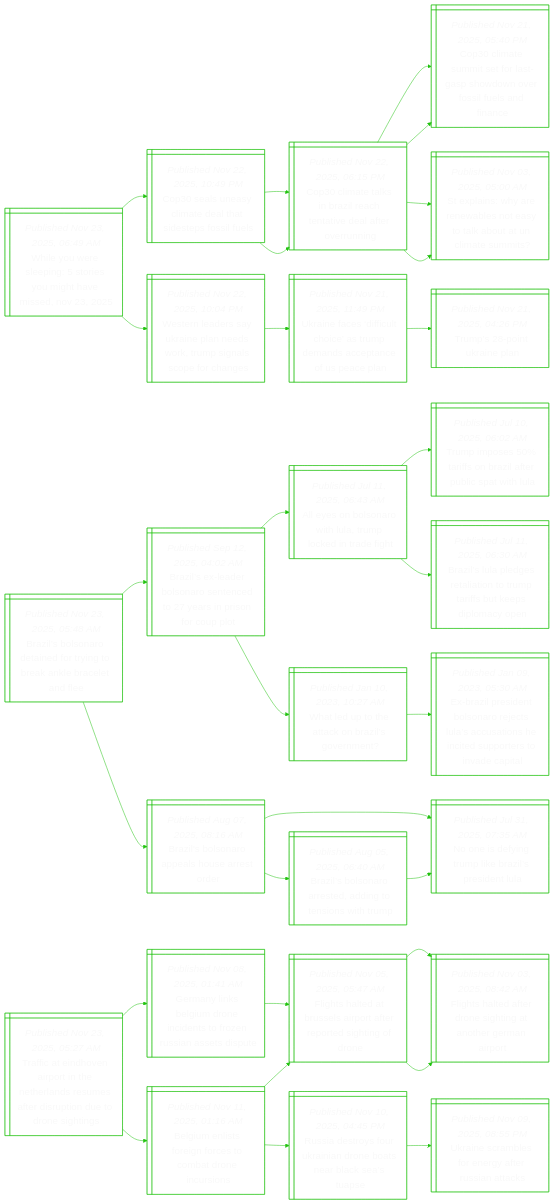
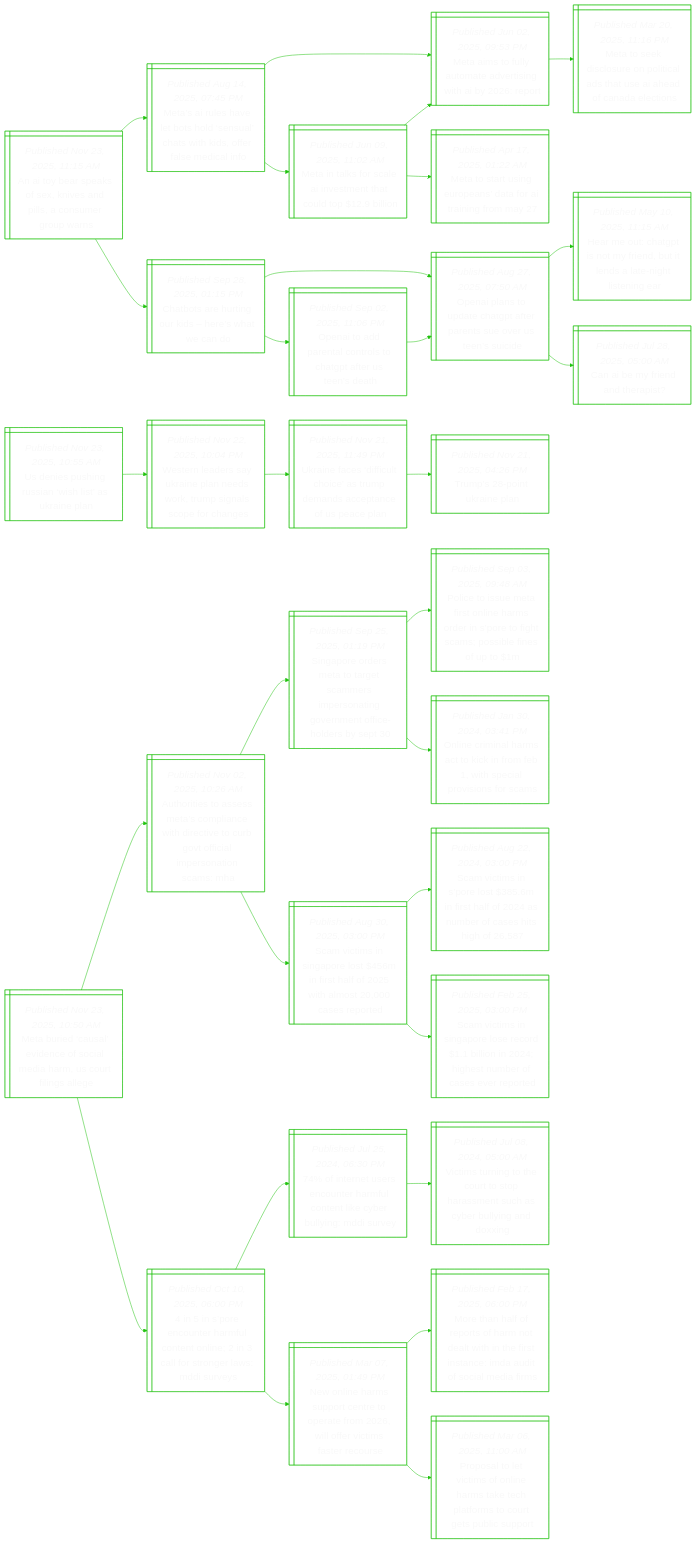
The diagram in README.md (notJmes/notJmes), drawn with Mermaid before and after one commit. The commit also changed other lines of this file, not shown here.

````diff
--- a/README.md
+++ b/README.md
@@ -16,22 +16,48 @@
 flowchart LR
 classDef txtsize font-size:20px;
 
-WYresemhiN@{ shape: win-pane, label: "_Published Nov 23, 2025, 06:49 AM_
-While you were sleeping: 5 stories you might have missed, nov 23, 2025" }
-Caeletiesu@{ shape: win-pane, label: "_Published Nov 22, 2025, 10:49 PM_
-Cop30 seals uneasy climate deal that sidesteps fossil fuels" }
-Citizanvlrrn@{ shape: win-pane, label: "_Published Nov 22, 2025, 06:15 PM_
-Cop30 climate talks in brazil reach tentative deal after overrunning" }
-Cistotsoesedn@{ shape: win-pane, label: "_Published Nov 21, 2025, 05:40 PM_
-Cop30 climate summit set for last-gasp showdown over fossil fuels and finance" }
-SlWewsatbtist@{ shape: win-pane, label: "_Published Nov 03, 2025, 05:00 AM_
-St explains: why are renewables not easy to talk about at un climate summits?" }
-Citizanvlrrn@{ shape: win-pane, label: "_Published Nov 22, 2025, 06:15 PM_
-Cop30 climate talks in brazil reach tentative deal after overrunning" }
-Cistotsoesedn@{ shape: win-pane, label: "_Published Nov 21, 2025, 05:40 PM_
-Cop30 climate summit set for last-gasp showdown over fossil fuels and finance" }
-SlWewsatbtist@{ shape: win-pane, label: "_Published Nov 03, 2025, 05:00 AM_
-St explains: why are renewables not easy to talk about at un climate summits?" }
+Aorkevdssgw@{ shape: win-pane, label: "_Published Nov 23, 2025, 11:15 AM_
+An ai toy bear speaks of sex, knives and pills, a consumer group warns" }
+MAeeolshidesin@{ shape: win-pane, label: "_Published Aug 14, 2025, 07:45 PM_
+Meta’s ai rules have let bots hold ‘sensual’ chats with kids, offer false medical info" }
+Mifaavsibo@{ shape: win-pane, label: "_Published Jun 02, 2025, 09:53 PM_
+Meta aims to fully automate advertising with ai by 2026: report" }
+ModooilheeCat@{ shape: win-pane, label: "_Published Mar 20, 2025, 11:16 PM_
+Meta to seek disclosure on political ads that use ai ahead of canada elections" }
+MnscIstctl@{ shape: win-pane, label: "_Published Jun 09, 2025, 11:02 AM_
+Meta in talks for scale ai investment that could top $12.9 billion" }
+Mifaavsibo@{ shape: win-pane, label: "_Published Jun 02, 2025, 09:53 PM_
+Meta aims to fully automate advertising with ai by 2026: report" }
+Motgpdornm@{ shape: win-pane, label: "_Published Apr 17, 2025, 01:22 AM_
+Meta to start using europeans’ data for ai training from may 27" }
+Coeirhweo@{ shape: win-pane, label: "_Published Sep 28, 2025, 01:15 PM_
+Chatbots are hurting our kids – here’s what we can do" }
+OIsdhTrneUnc@{ shape: win-pane, label: "_Published Aug 27, 2025, 07:50 AM_
+Openai plans to update chatgpt after parents sue over us teen’s suicide" }
+HehTtiueliiir@{ shape: win-pane, label: "_Published May 10, 2025, 11:15 AM_
+Hear me out: chatgpt is not my friend, but it lends a late-night listening ear" }
+Cbraes@{ shape: win-pane, label: "_Published Jul 28, 2025, 05:00 AM_
+Can ai be my friend and therapist?" }
+OIdnolhTrea@{ shape: win-pane, label: "_Published Sep 02, 2025, 11:06 PM_
+Openai to add parental controls to chatgpt after us teen’s death" }
+OIsdhTrneUnc@{ shape: win-pane, label: "_Published Aug 27, 2025, 07:50 AM_
+Openai plans to update chatgpt after parents sue over us teen’s suicide" }
+
+Aorkevdssgw:::txtsize --> MAeeolshidesin:::txtsize
+MAeeolshidesin:::txtsize --> Mifaavsibo:::txtsize
+Mifaavsibo:::txtsize --> ModooilheeCat:::txtsize
+MAeeolshidesin:::txtsize --> MnscIstctl:::txtsize
+MnscIstctl:::txtsize --> Mifaavsibo:::txtsize
+MnscIstctl:::txtsize --> Motgpdornm:::txtsize
+Aorkevdssgw:::txtsize --> Coeirhweo:::txtsize
+Coeirhweo:::txtsize --> OIsdhTrneUnc:::txtsize
+OIsdhTrneUnc:::txtsize --> HehTtiueliiir:::txtsize
+OIsdhTrneUnc:::txtsize --> Cbraes:::txtsize
+Coeirhweo:::txtsize --> OIdnolhTrea:::txtsize
+OIdnolhTrea:::txtsize --> OIsdhTrneUnc:::txtsize
+
+UisRahaal@{ shape: win-pane, label: "_Published Nov 23, 2025, 10:55 AM_
+Us denies pushing russian ‘wish list’ as ukraine plan" }
 Wrdaalermncon@{ shape: win-pane, label: "_Published Nov 22, 2025, 10:04 PM_
 Western leaders say ukraine plan needs work, trump signals scope for changes" }
 Uneftcrespepp@{ shape: win-pane, label: "_Published Nov 21, 2025, 11:49 PM_
@@ -39,77 +65,51 @@
 Tstia@{ shape: win-pane, label: "_Published Nov 21, 2025, 04:26 PM_
 Trump’s 28-point ukraine plan" }
 
-WYresemhiN:::txtsize --> Caeletiesu:::txtsize
-Caeletiesu:::txtsize --> Citizanvlrrn:::txtsize
-Citizanvlrrn:::txtsize --> Cistotsoesedn:::txtsize
-Citizanvlrrn:::txtsize --> SlWewsatbtist:::txtsize
-Caeletiesu:::txtsize --> Citizanvlrrn:::txtsize
-Citizanvlrrn:::txtsize --> Cistotsoesedn:::txtsize
-Citizanvlrrn:::txtsize --> SlWewsatbtist:::txtsize
-WYresemhiN:::txtsize --> Wrdaalermncon:::txtsize
+UisRahaal:::txtsize --> Wrdaalermncon:::txtsize
 Wrdaalermncon:::txtsize --> Uneftcrespepp:::txtsize
 Uneftcrespepp:::txtsize --> Tstia:::txtsize
 
-Blsoioibabld@{ shape: win-pane, label: "_Published Nov 23, 2025, 05:48 AM_
-Brazil’s bolsonaro detained for trying to break ankle bracelet and flee" }
-BleBnecyisrp@{ shape: win-pane, label: "_Published Sep 12, 2025, 04:02 AM_
-Brazil’s ex-leader bolsonaro sentenced to 27 years in prison for coup plot" }
-Aeoataperi@{ shape: win-pane, label: "_Published Jul 11, 2025, 06:43 AM_
-All eyes on bolsonaro with lula, trump locked in trade fight" }
-Tieinielah@{ shape: win-pane, label: "_Published Jul 10, 2025, 06:02 AM_
-Trump imposes 50% tariffs on brazil after public spat with lula" }
-Blagttopftsoo@{ shape: win-pane, label: "_Published Jul 11, 2025, 06:30 AM_
-Brazil’s lula pledges retaliation to trump tariffs but keeps diplomacy open" }
-Weotozom@{ shape: win-pane, label: "_Published Jan 10, 2023, 10:27 AM_
-What led up to the attack on brazil’s government?" }
-Ezensoclcietpeiet@{ shape: win-pane, label: "_Published Jan 09, 2023, 05:30 AM_
-Ex-brazil president bolsonaro rejects lula’s accusations he incited supporters to invade capital" }
-Blsoaurr@{ shape: win-pane, label: "_Published Aug 07, 2025, 08:16 AM_
-Brazil's bolsonaro appeals house arrest order" }
-Blsosdtswr@{ shape: win-pane, label: "_Published Aug 05, 2025, 06:40 AM_
-Brazil’s bolsonaro arrested, adding to tensions with trump" }
-NiyriaPdu@{ shape: win-pane, label: "_Published Jul 31, 2025, 07:35 AM_
-No one is defying trump like brazil’s president lula" }
-NiyriaPdu@{ shape: win-pane, label: "_Published Jul 31, 2025, 07:35 AM_
-No one is defying trump like brazil’s president lula" }
+Muclefaimulae@{ shape: win-pane, label: "_Published Nov 23, 2025, 10:50 AM_
+Meta buried ‘causal’ evidence of social media harm, us court filings allege" }
+ArsseoairvuviisiaA@{ shape: win-pane, label: "_Published Nov 02, 2025, 10:26 AM_
+Authorities to assess meta’s compliance with directive to curb govt official impersonation scams: mha" }
+SprMoemisivefosp@{ shape: win-pane, label: "_Published Sep 25, 2025, 01:19 PM_
+Singapore orders meta to target scammers impersonating government office-holders by sept 30" }
+PestsirdSthmsfoo@{ shape: win-pane, label: "_Published Sep 03, 2025, 09:48 AM_
+Police to issue meta first online harms order in s’pore to fight scams; possible fines of up to $1m" }
+Oeiacifehioors@{ shape: win-pane, label: "_Published Jan 30, 2024, 03:41 PM_
+Online criminal harms act to kick in from feb 1, with special provisions for scams" }
+Sisnrtiawlcrt@{ shape: win-pane, label: "_Published Aug 30, 2025, 03:00 PM_
+Scam victims in singapore lost $456m in first half of 2025 with almost 20,000 cases reported" }
+Sisosfhfmfshf@{ shape: win-pane, label: "_Published Aug 22, 2024, 03:00 PM_
+Scam victims in s’pore lost $385.6m in first half of 2024 as number of cases hits high of 26,587" }
+Sisnrerlnemfsrt@{ shape: win-pane, label: "_Published Feb 25, 2025, 03:00 PM_
+Scam victims in singapore lose record $1.1 billion in 2024; highest number of cases ever reported" }
+ipntrcnicoolDr@{ shape: win-pane, label: "_Published Oct 10, 2025, 06:00 PM_
+4 in 5 in s’pore encounter harmful content online; 2 in 3 call for stronger laws: mddi surveys" }
+oeuenalekelMu@{ shape: win-pane, label: "_Published Jul 25, 2024, 06:30 PM_
+74% of internet users encounter harmful content like cyber bullying: mddi survey" }
+Vmnooohsssrynx@{ shape: win-pane, label: "_Published Jul 08, 2024, 05:00 AM_
+Victims turning to the court to stop harassment such as cyber bullying and doxxing" }
+Nlautrpewfiseo@{ shape: win-pane, label: "_Published Mar 07, 2025, 01:49 PM_
+New online harms support centre to operate from 2026, will offer victims faster recourse" }
+MhlesrdwnincAtcei@{ shape: win-pane, label: "_Published Feb 17, 2025, 06:00 PM_
+More than half of reports of harm not dealt with in the first instance: imda audit of social media firms" }
+Pslcoirkhftrsip@{ shape: win-pane, label: "_Published Mar 06, 2025, 11:00 AM_
+Proposal to let victims of online harms take tech platforms to court gets public support" }
 
-Blsoioibabld:::txtsize --> BleBnecyisrp:::txtsize
-BleBnecyisrp:::txtsize --> Aeoataperi:::txtsize
-Aeoataperi:::txtsize --> Tieinielah:::txtsize
-Aeoataperi:::txtsize --> Blagttopftsoo:::txtsize
-BleBnecyisrp:::txtsize --> Weotozom:::txtsize
-Weotozom:::txtsize --> Ezensoclcietpeiet:::txtsize
-Blsoioibabld:::txtsize --> Blsoaurr:::txtsize
-Blsoaurr:::txtsize --> Blsosdtswr:::txtsize
-Blsosdtswr:::txtsize --> NiyriaPdu:::txtsize
-Blsoaurr:::txtsize --> NiyriaPdu:::txtsize
-
-TiivriNrsmtsieogg@{ shape: win-pane, label: "_Published Nov 23, 2025, 05:27 AM_
-Traffic at eindhoven airport in the netherlands resumes after disruption due to drone sightings" }
-Buioneodis@{ shape: win-pane, label: "_Published Nov 11, 2025, 01:16 AM_
-Belgium enlists foreign forces to combat drone incursions" }
-FttBerartggo@{ shape: win-pane, label: "_Published Nov 05, 2025, 05:47 AM_
-Flights halted at brussels airport after reported sighting of drone" }
-FtttoggoGno@{ shape: win-pane, label: "_Published Nov 03, 2025, 08:42 AM_
-Flights halted after drone sighting at another german airport" }
-RarorantrkTe@{ shape: win-pane, label: "_Published Nov 10, 2025, 04:45 PM_
-Russia destroys four ukrainian drone boats near black sea’s tuapse" }
-UnasnaRaa@{ shape: win-pane, label: "_Published Nov 09, 2025, 08:55 PM_
-Ukraine scrambles for energy after russian attacks" }
-Gnkgrnnfnisie@{ shape: win-pane, label: "_Published Nov 08, 2025, 01:41 AM_
-Germany links belgium drone incidents to frozen russian assets dispute" }
-FttBerartggo@{ shape: win-pane, label: "_Published Nov 05, 2025, 05:47 AM_
-Flights halted at brussels airport after reported sighting of drone" }
-FtttoggoGno@{ shape: win-pane, label: "_Published Nov 03, 2025, 08:42 AM_
-Flights halted after drone sighting at another german airport" }
-
-TiivriNrsmtsieogg:::txtsize --> Buioneodis:::txtsize
-Buioneodis:::txtsize --> FttBerartggo:::txtsize
-FttBerartggo:::txtsize --> FtttoggoGno:::txtsize
-Buioneodis:::txtsize --> RarorantrkTe:::txtsize
-RarorantrkTe:::txtsize --> UnasnaRaa:::txtsize
-TiivriNrsmtsieogg:::txtsize --> Gnkgrnnfnisie:::txtsize
-Gnkgrnnfnisie:::txtsize --> FttBerartggo:::txtsize
-FttBerartggo:::txtsize --> FtttoggoGno:::txtsize
+Muclefaimulae:::txtsize --> ArsseoairvuviisiaA:::txtsize
+ArsseoairvuviisiaA:::txtsize --> SprMoemisivefosp:::txtsize
+SprMoemisivefosp:::txtsize --> PestsirdSthmsfoo:::txtsize
+SprMoemisivefosp:::txtsize --> Oeiacifehioors:::txtsize
+ArsseoairvuviisiaA:::txtsize --> Sisnrtiawlcrt:::txtsize
+Sisnrtiawlcrt:::txtsize --> Sisosfhfmfshf:::txtsize
+Sisnrtiawlcrt:::txtsize --> Sisnrerlnemfsrt:::txtsize
+Muclefaimulae:::txtsize --> ipntrcnicoolDr:::txtsize
+ipntrcnicoolDr:::txtsize --> oeuenalekelMu:::txtsize
+oeuenalekelMu:::txtsize --> Vmnooohsssrynx:::txtsize
+ipntrcnicoolDr:::txtsize --> Nlautrpewfiseo:::txtsize
+Nlautrpewfiseo:::txtsize --> MhlesrdwnincAtcei:::txtsize
+Nlautrpewfiseo:::txtsize --> Pslcoirkhftrsip:::txtsize
 
 ```
````
